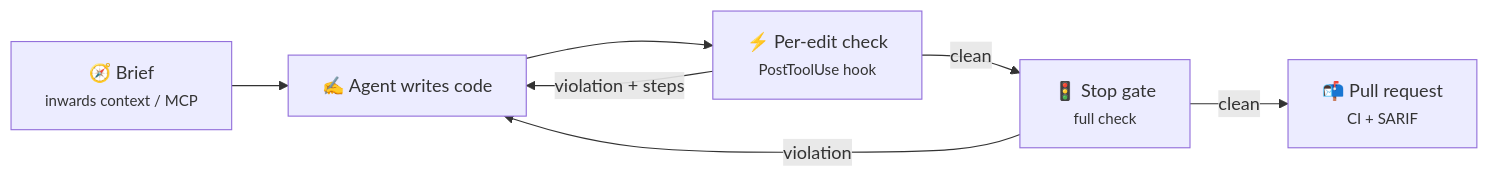
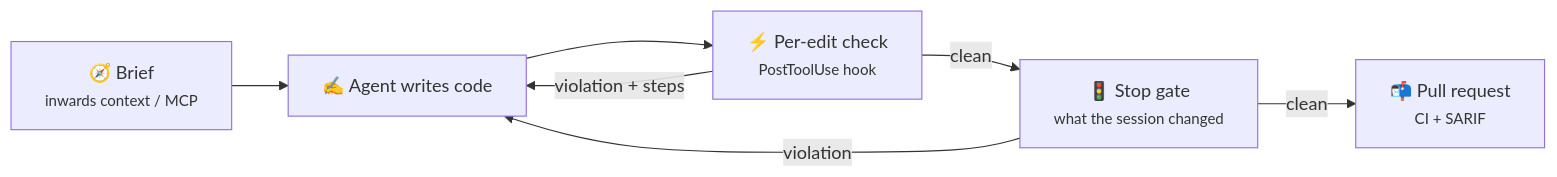
One commit to SirCypkowskyy/inwards changed the second of 2 diagrams in docs/chapters/04-AI-Integration.md. Above: the diagram before and after it, drawn with Mermaid. The commit also changed other lines of this file and 17 other files, not shown here.

First line of the commit message:
feat(cli): Stop gate checks what the session changed (#20)

````diff
--- a/docs/chapters/04-AI-Integration.md
+++ b/docs/chapters/04-AI-Integration.md
@@ -193,9 +195,9 @@
 ```mermaid
 flowchart LR
     brief["🧭 Brief<br/><small>inwards context / MCP</small>"] --> write["✍️ Agent writes code"]
     write --> check["⚡ Per-edit check<br/><small>PostToolUse hook</small>"]
     check -- "violation + steps" --> write
-    check -- "clean" --> gate["🚦 Stop gate<br/><small>full check</small>"]
+    check -- "clean" --> gate["🚦 Stop gate<br/><small>what the session changed</small>"]
     gate -- "violation" --> write
     gate -- "clean" --> pr["📬 Pull request<br/><small>CI + SARIF</small>"]
 ```
````
